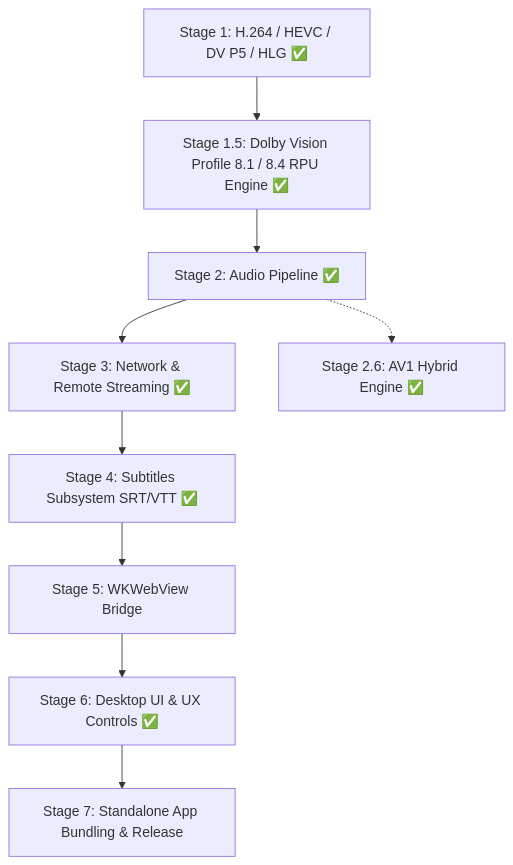
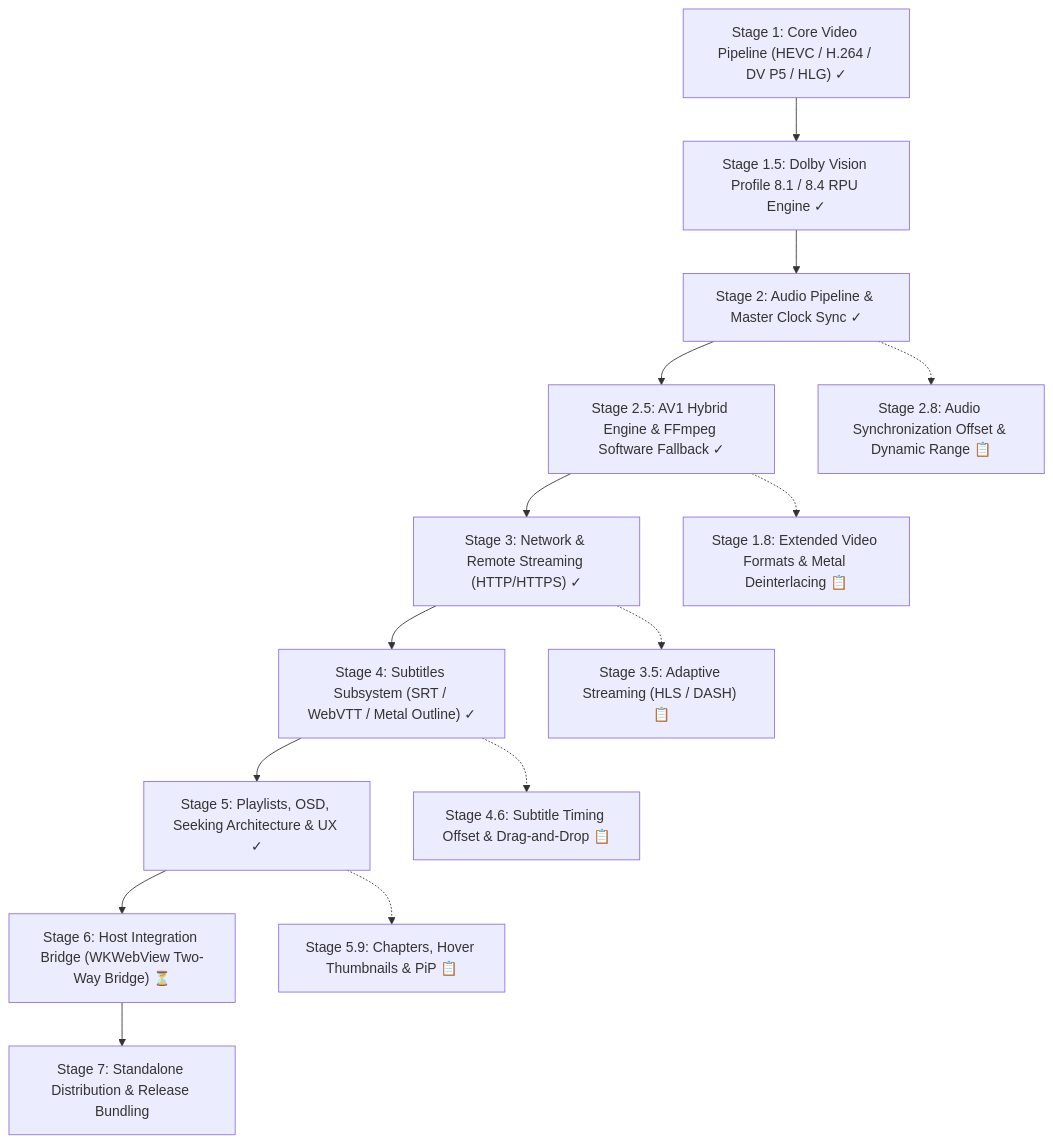
The diagram in docs/ROADMAP.md (ghotriw/nits), drawn with Mermaid before and after one commit. The commit also changed other lines of this file, not shown here.

Commit message:
docs: upd roadmap

````diff
--- a/docs/ROADMAP.md
+++ b/docs/ROADMAP.md
@@ -22,11 +24,17 @@
 ```mermaid
 flowchart TD
-    M1["Stage 1: H.264 / HEVC / DV P5 / HLG ✅"] --> M15["Stage 1.5: Dolby Vision Profile 8.1 / 8.4 RPU Engine ✅"]
-    M15 --> M2["Stage 2: Audio Pipeline ✅"]
-    M2 --> M3["Stage 3: Network & Remote Streaming ✅"]
-    M3 --> M4["Stage 4: Subtitles Subsystem SRT/VTT ✅"]
-    M4 --> M5["Stage 5: WKWebView Bridge"]
-    M5 --> M6["Stage 6: Desktop UI & UX Controls ✅"]
-    M6 --> M7["Stage 7: Standalone App Bundling & Release"]
-    M2 -.-> M25["Stage 2.6: AV1 Hybrid Engine ✅"]
+    M1["Stage 1: Core Video Pipeline (HEVC / H.264 / DV P5 / HLG) ✓"] --> M15["Stage 1.5: Dolby Vision Profile 8.1 / 8.4 RPU Engine ✓"]
+    M15 --> M2["Stage 2: Audio Pipeline & Master Clock Sync ✓"]
+    M2 --> M25["Stage 2.5: AV1 Hybrid Engine & FFmpeg Software Fallback ✓"]
+    M25 --> M3["Stage 3: Network & Remote Streaming (HTTP/HTTPS) ✓"]
+    M3 --> M4["Stage 4: Subtitles Subsystem (SRT / WebVTT / Metal Outline) ✓"]
+    M4 --> M5["Stage 5: Playlists, OSD, Seeking Architecture & UX ✓"]
+    M5 --> M6["Stage 6: Host Integration Bridge (WKWebView Two-Way Bridge) ⏳"]
+    M6 --> M7["Stage 7: Standalone Distribution & Release Bundling"]
+    
+    M25 -.-> M1X["Stage 1.8: Extended Video Formats & Metal Deinterlacing 📋"]
+    M2 -.-> M2X["Stage 2.8: Audio Synchronization Offset & Dynamic Range 📋"]
+    M3 -.-> M3X["Stage 3.5: Adaptive Streaming (HLS / DASH) 📋"]
+    M4 -.-> M4X["Stage 4.6: Subtitle Timing Offset & Drag-and-Drop 📋"]
+    M5 -.-> M5X["Stage 5.9: Chapters, Hover Thumbnails & PiP 📋"]
 ```
````
